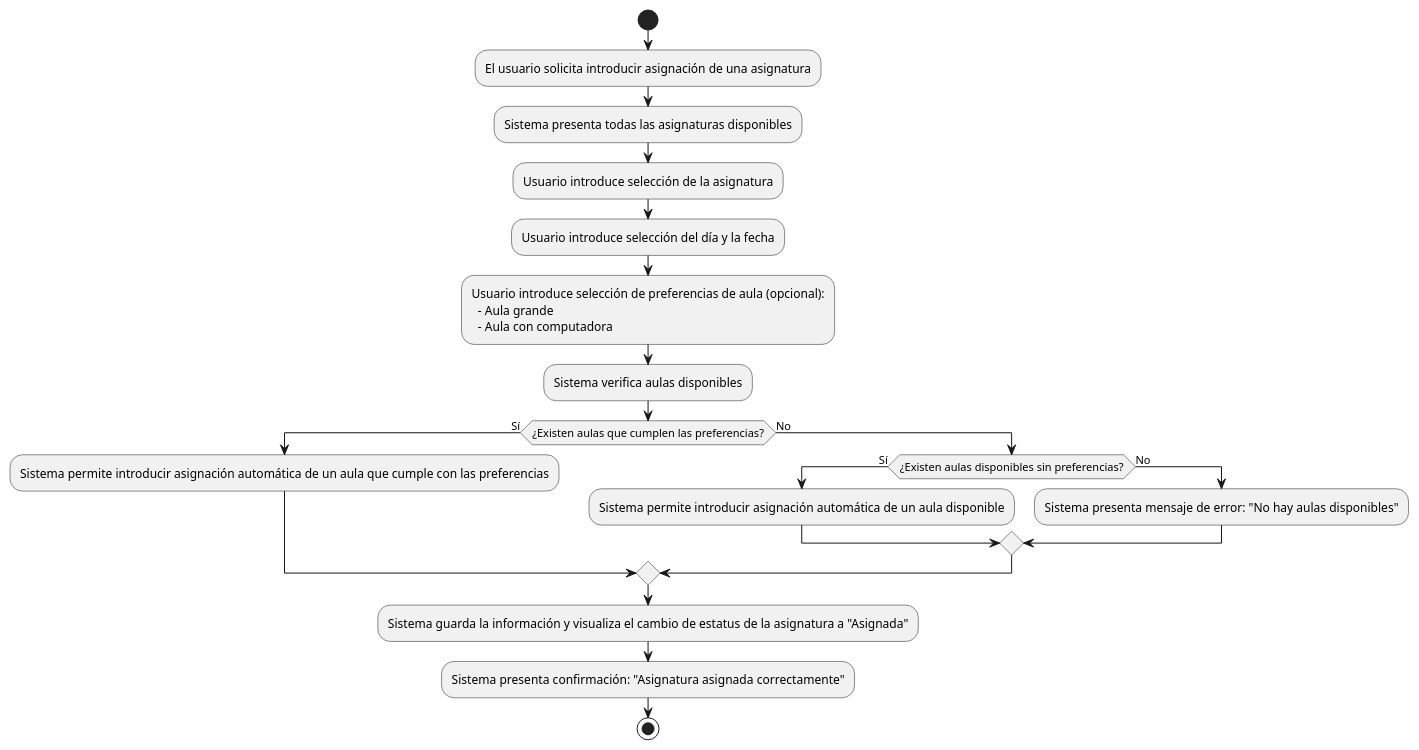
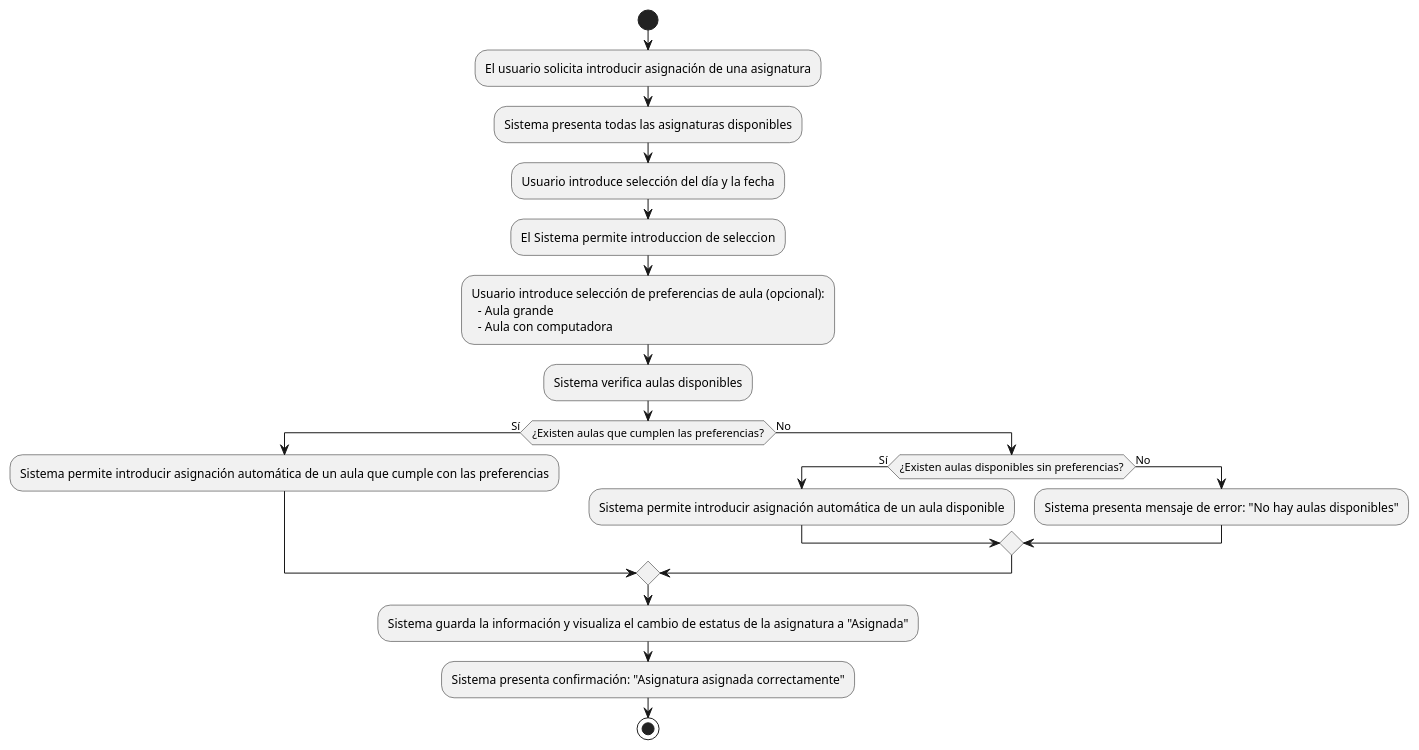
The diagram in casosDeUso/plantUML/VincularAsignaturaHorario.puml (mmasias/24-25-IdSw1-SDR), drawn with PlantUML before and after one commit. The commit also changed 27 other files, not shown here.

Commit message:
Cambios a casos de uso y diagramas, cambios a Prototipos

```diff
--- a/casosDeUso/plantUML/VincularAsignaturaHorario.puml
+++ b/casosDeUso/plantUML/VincularAsignaturaHorario.puml
@@ -1,23 +1,23 @@
 @startuml
 start
 :El usuario solicita introducir asignación de una asignatura;
 :Sistema presenta todas las asignaturas disponibles;
-:Usuario introduce selección de la asignatura;
 :Usuario introduce selección del día y la fecha;
+:El Sistema permite introduccion  de seleccion;
 :Usuario introduce selección de preferencias de aula (opcional): 
   - Aula grande 
   - Aula con computadora;
 :Sistema verifica aulas disponibles;
 if (¿Existen aulas que cumplen las preferencias?) then (Sí)
   :Sistema permite introducir asignación automática de un aula que cumple con las preferencias;
 else (No)
   if (¿Existen aulas disponibles sin preferencias?) then (Sí)
     :Sistema permite introducir asignación automática de un aula disponible;
   else (No)
     :Sistema presenta mensaje de error: "No hay aulas disponibles";
   endif
 endif
 :Sistema guarda la información y visualiza el cambio de estatus de la asignatura a "Asignada";
 :Sistema presenta confirmación: "Asignatura asignada correctamente";
 stop
 @enduml
```
